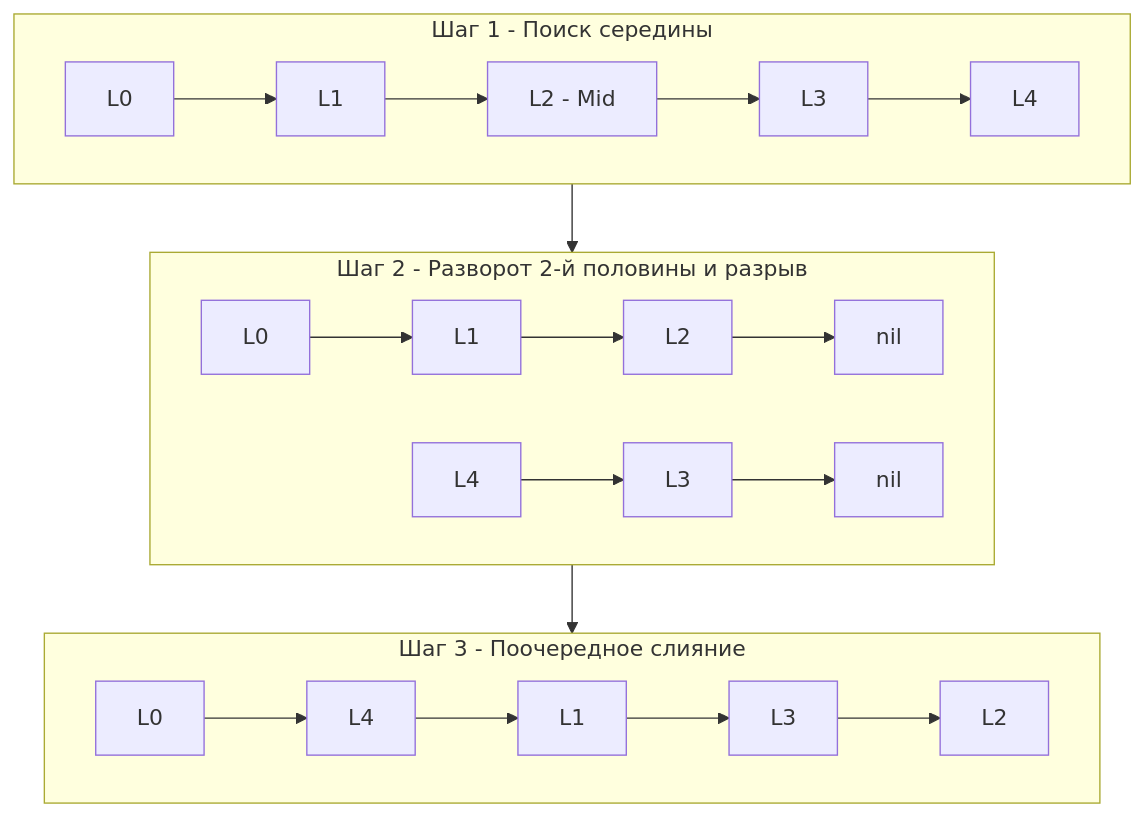
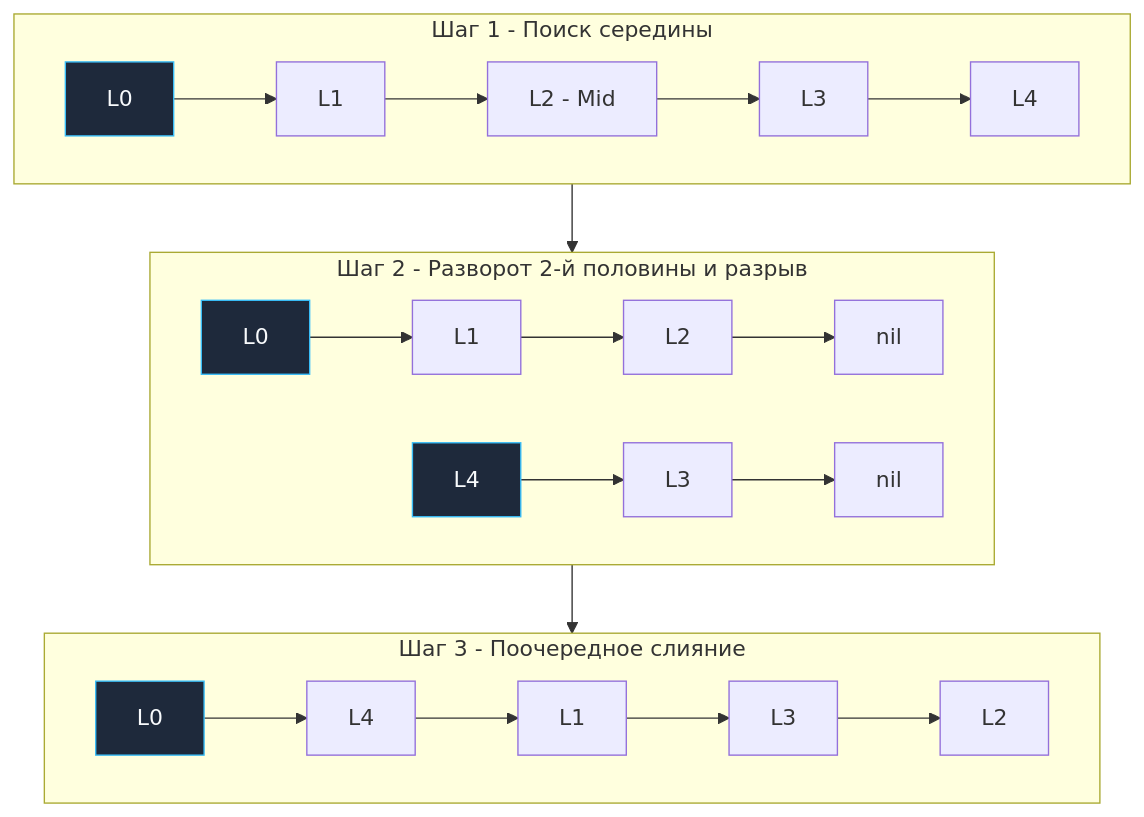
The diagram in sources/21. Задачи с LeetCode и собеседований на Go/02. Задачи/08. Связные списки/8. Reorder List.md (UnrealTemplier/go-textbook), drawn with Mermaid before and after one commit. The commit also changed 1666 other files, not shown here.

First line of the commit message:
feat(mermaid): add semantic color classDef to 1369 colorless flowchart/graph diagrams

````diff
--- a/sources/21. Задачи с LeetCode и собеседований на Go/02. Задачи/08. Связные списки/8. Reorder List.md
+++ b/sources/21. Задачи с LeetCode и собеседований на Go/02. Задачи/08. Связные списки/8. Reorder List.md
@@ -24,18 +24,28 @@
 ```mermaid
 flowchart TD
+    classDef process  fill:#1e293b,stroke:#38bdf8,stroke-width:1px,color:#f8fafc
+    classDef success  fill:#064e3b,stroke:#34d399,stroke-width:1px,color:#f8fafc
+    classDef error    fill:#7f1d1d,stroke:#f87171,stroke-width:1px,color:#f8fafc
+    classDef warning  fill:#78350f,stroke:#fbbf24,stroke-width:1px,color:#f8fafc
+    classDef entry    fill:#1e3a5f,stroke:#38bdf8,stroke-width:2px,color:#f8fafc
+    classDef aux      fill:#334155,stroke:#64748b,stroke-width:1px,color:#f8fafc
+    classDef system   fill:#312e81,stroke:#a78bfa,stroke-width:1px,color:#f8fafc
+    classDef data     fill:#132d29,stroke:#2dd4bf,stroke-width:1px,color:#f8fafc
+    classDef network  fill:#881337,stroke:#fb7185,stroke-width:1px,color:#f8fafc
+    classDef accent   fill:#1e1b4b,stroke:#818cf8,stroke-width:1px,color:#f8fafc
     subgraph Stage1 ["Шаг 1 - Поиск середины"]
-        A1["L0"] --> A2["L1"] --> A3["L2 - Mid"] --> A4["L3"] --> A5["L4"]
+        A1["L0"]:::process --> A2["L1"] --> A3["L2 - Mid"] --> A4["L3"] --> A5["L4"]
     end
     
     subgraph Stage2 ["Шаг 2 - Разворот 2-й половины и разрыв"]
-        B1["L0"] --> B2["L1"] --> B3["L2"] --> Nil1["nil"]
-        B5["L4"] --> B4["L3"] --> Nil2["nil"]
+        B1["L0"]:::process --> B2["L1"] --> B3["L2"] --> Nil1["nil"]
+        B5["L4"]:::process --> B4["L3"] --> Nil2["nil"]
     end
     
     subgraph Stage3 ["Шаг 3 - Поочередное слияние"]
-        C1["L0"] --> C5["L4"] --> C2["L1"] --> C4["L3"] --> C3["L2"]
+        C1["L0"]:::process --> C5["L4"] --> C2["L1"] --> C4["L3"] --> C3["L2"]
     end
     
     Stage1 --> Stage2
     Stage2 --> Stage3
 ```
````
